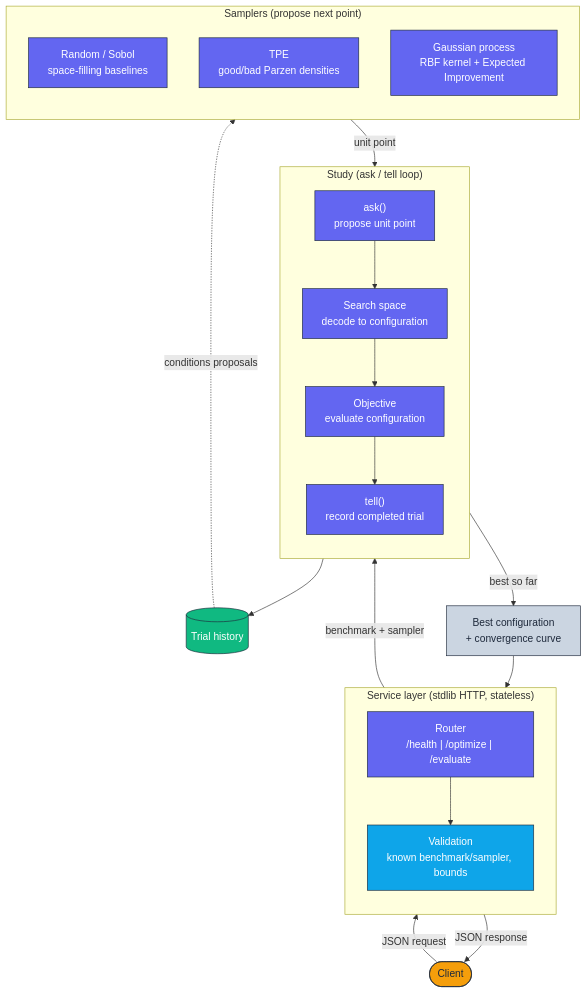
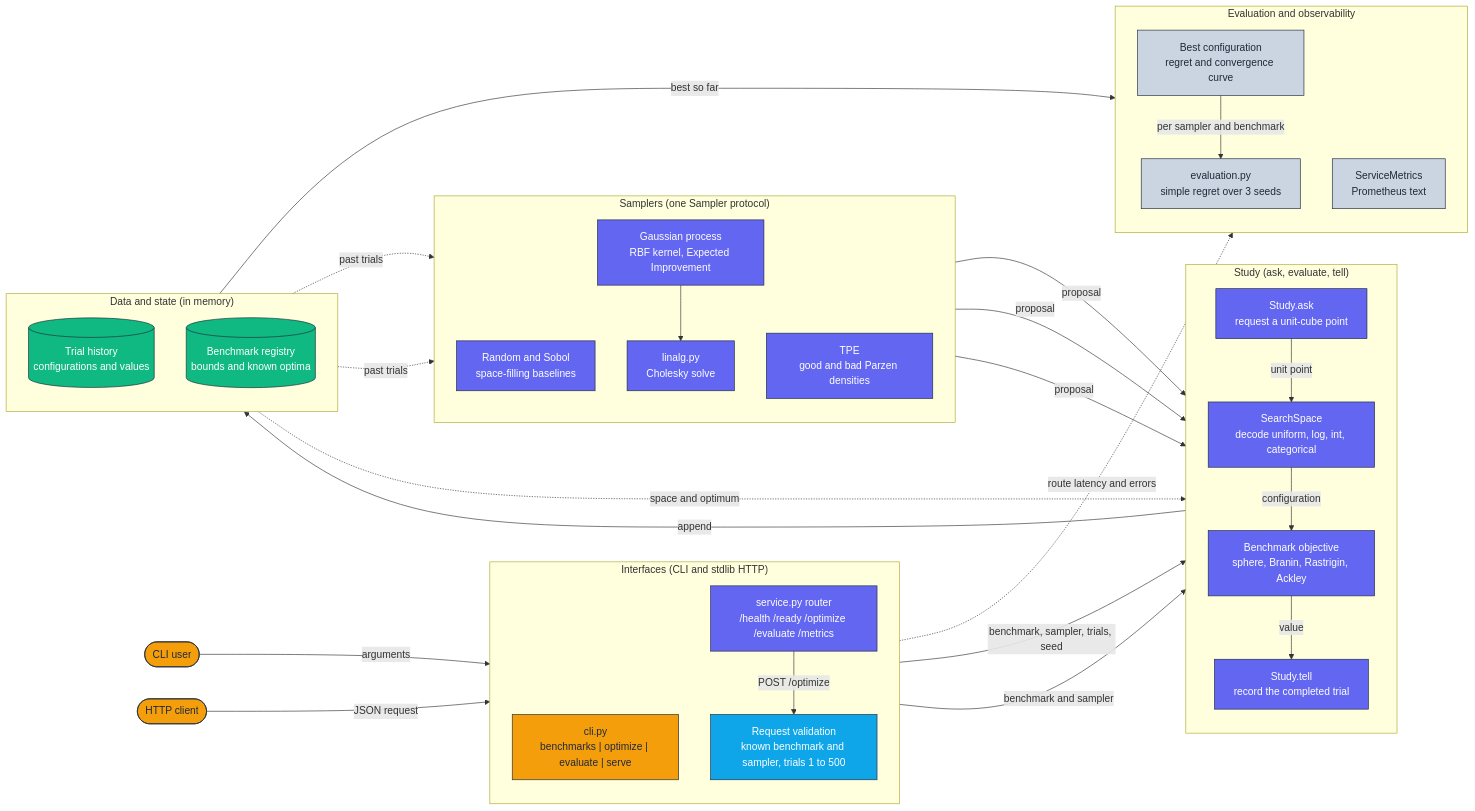
The diagram in docs/architecture/architecture.mmd (adeoluo/hyperparameter-optimizer), drawn with Mermaid before and after one commit. The commit also changed 2 other files, not shown here.

Commit message:
docs: horizontal layered architecture diagram

```diff
--- a/docs/architecture/architecture.mmd
+++ b/docs/architecture/architecture.mmd
@@ -1,41 +1,65 @@
-flowchart TD
+flowchart LR
     classDef edge     fill:#F59E0B,stroke:#1E293B,color:#1E293B,stroke-width:1px;
     classDef core     fill:#6366F1,stroke:#1E293B,color:#ffffff,stroke-width:1px;
     classDef data     fill:#10B981,stroke:#1E293B,color:#ffffff,stroke-width:1px;
     classDef control  fill:#0EA5E9,stroke:#1E293B,color:#ffffff,stroke-width:1px;
     classDef obs      fill:#CBD5E1,stroke:#1E293B,color:#1E293B,stroke-width:1px;
 
-    Client([Client]):::edge
+    User([CLI user]):::edge
+    Client([HTTP client]):::edge
 
-    subgraph Edge["Service layer (stdlib HTTP, stateless)"]
+    subgraph Interfaces["Interfaces (CLI and stdlib HTTP)"]
         direction TB
-        Router["Router<br/>/health | /optimize | /evaluate"]:::core
-        Validate["Validation<br/>known benchmark/sampler, bounds"]:::control
+        CLI["cli.py<br/>benchmarks | optimize | evaluate | serve"]:::edge
+        Router["service.py router<br/>/health /ready /optimize /evaluate /metrics"]:::core
+        Validate["Request validation<br/>known benchmark and sampler, trials 1 to 500"]:::control
     end
 
-    subgraph Loop["Study (ask / tell loop)"]
+    subgraph Loop["Study (ask, evaluate, tell)"]
         direction TB
-        Ask["ask()<br/>propose unit point"]:::core
-        Decode["Search space<br/>decode to configuration"]:::core
-        Eval["Objective<br/>evaluate configuration"]:::core
-        Tell["tell()<br/>record completed trial"]:::core
+        Ask["Study.ask<br/>request a unit-cube point"]:::core
+        Space["SearchSpace<br/>decode uniform, log, int, categorical"]:::core
+        Objective["Benchmark objective<br/>sphere, Branin, Rastrigin, Ackley"]:::core
+        Tell["Study.tell<br/>record the completed trial"]:::core
     end
 
-    subgraph Samplers["Samplers (propose next point)"]
+    subgraph Samplers["Samplers (one Sampler protocol)"]
         direction TB
-        Random["Random / Sobol<br/>space-filling baselines"]:::core
-        TPE["TPE<br/>good/bad Parzen densities"]:::core
-        GP["Gaussian process<br/>RBF kernel + Expected Improvement"]:::core
+        Random["Random and Sobol<br/>space-filling baselines"]:::core
+        TPE["TPE<br/>good and bad Parzen densities"]:::core
+        GP["Gaussian process<br/>RBF kernel, Expected Improvement"]:::core
+        Linalg["linalg.py<br/>Cholesky solve"]:::core
     end
 
-    History[(Trial history)]:::data
-    Result["Best configuration<br/>+ convergence curve"]:::obs
+    subgraph State["Data and state (in memory)"]
+        direction TB
+        History[("Trial history<br/>configurations and values")]:::data
+        Benchmarks[("Benchmark registry<br/>bounds and known optima")]:::data
+    end
 
-    Client -->|JSON request| Router --> Validate
-    Validate -->|benchmark + sampler| Ask
-    Ask --> Decode --> Eval --> Tell
-    Tell --> History
-    History -.->|conditions proposals| Samplers
-    Samplers -->|unit point| Ask
-    Tell -->|best so far| Result
-    Result --> Router -->|JSON response| Client
+    subgraph Obs["Evaluation and observability"]
+        direction TB
+        Result["Best configuration<br/>regret and convergence curve"]:::obs
+        Regret["evaluation.py<br/>simple regret over 3 seeds"]:::obs
+        Metrics["ServiceMetrics<br/>Prometheus text"]:::obs
+    end
+
+    User -->|arguments| CLI
+    Client -->|JSON request| Router
+    Router -->|POST /optimize| Validate
+    Validate -->|benchmark, sampler, trials, seed| Ask
+    CLI -->|benchmark and sampler| Ask
+    Ask -->|unit point| Space
+    Space -->|configuration| Objective
+    Objective -->|value| Tell
+    Tell -->|append| History
+    History -.->|past trials| TPE
+    History -.->|past trials| GP
+    GP --> Linalg
+    Random -->|proposal| Ask
+    TPE -->|proposal| Ask
+    GP -->|proposal| Ask
+    Benchmarks -.->|space and optimum| Objective
+    History -->|best so far| Result
+    Result -->|per sampler and benchmark| Regret
+    Router -.->|route latency and errors| Metrics
```
